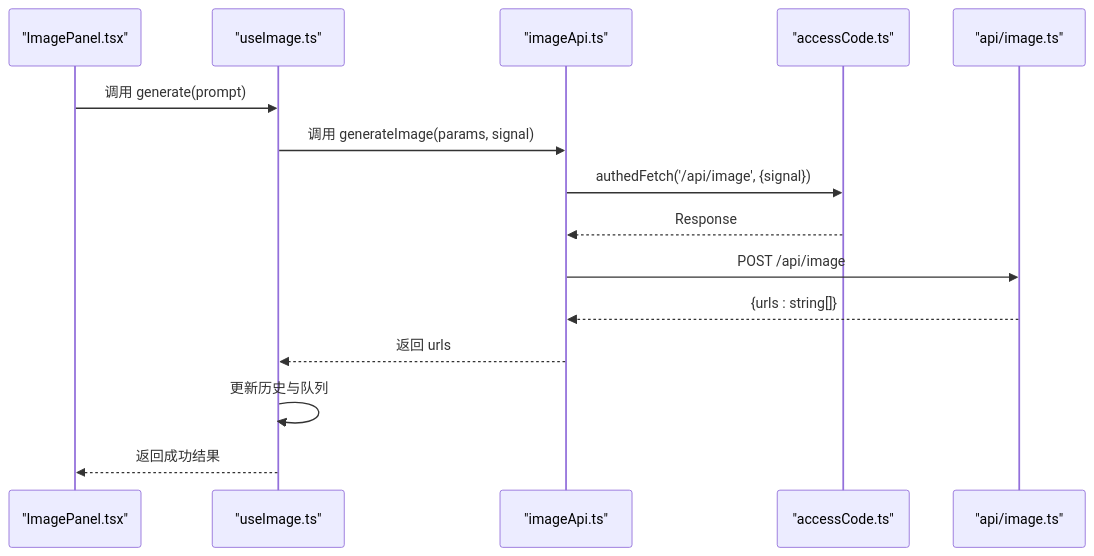
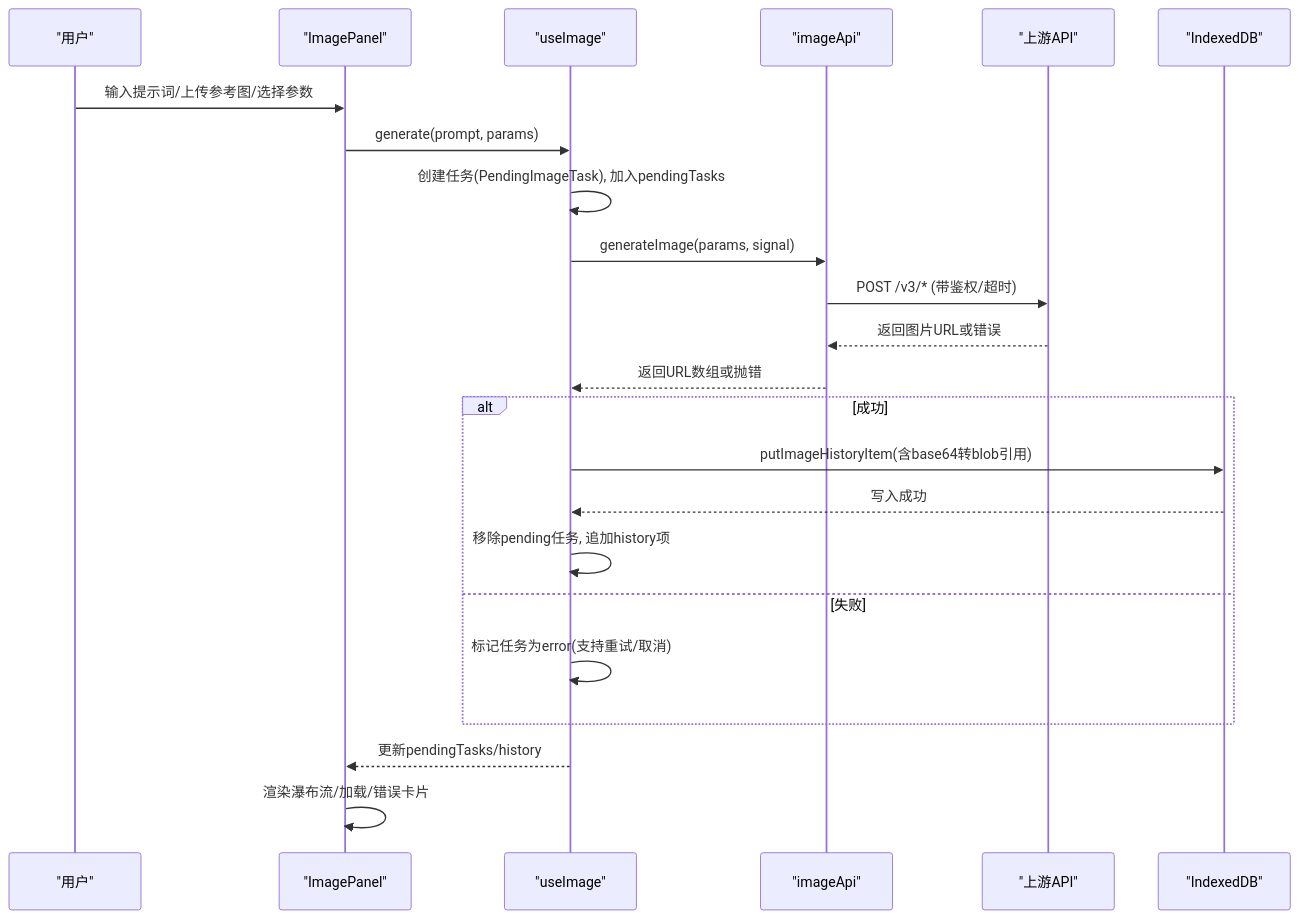
One commit to billye220670/AIShop changed the second of 5 diagrams in .qoder/repowiki/zh/content/图像生成功能/图像状态管理.md. Above: the diagram before and after it, drawn with Mermaid. The commit also changed other lines of this file and 135 other files, not shown here.

````diff
--- a/.qoder/repowiki/zh/content/图像生成功能/图像状态管理.md
+++ b/.qoder/repowiki/zh/content/图像生成功能/图像状态管理.md
@@ -99,17 +71,25 @@
 ```mermaid
 sequenceDiagram
-participant UI as "ImagePanel.tsx"
-participant Hook as "useImage.ts"
-participant Svc as "imageApi.ts"
-participant Auth as "accessCode.ts"
-participant Edge as "api/image.ts"
-UI->>Hook : 调用 generate(prompt)
-Hook->>Svc : 调用 generateImage(params, signal)
-Svc->>Auth : authedFetch('/api/image', {signal})
-Auth-->>Svc : Response
-Svc->>Edge : POST /api/image
-Edge-->>Svc : {urls : string[]}
-Svc-->>Hook : 返回 urls
-Hook->>Hook : 更新历史与队列
-Hook-->>UI : 返回成功结果
+participant U as "用户"
+participant P as "ImagePanel"
+participant H as "useImage"
+participant A as "imageApi"
+participant S as "上游API"
+participant D as "IndexedDB"
+U->>P : 输入提示词/上传参考图/选择参数
+P->>H : generate(prompt, params)
+H->>H : 创建任务(PendingImageTask), 加入pendingTasks
+H->>A : generateImage(params, signal)
+A->>S : POST /v3/* (带鉴权/超时)
+S-->>A : 返回图片URL或错误
+A-->>H : 返回URL数组或抛错
+alt 成功
+H->>D : putImageHistoryItem(含base64转blob引用)
+D-->>H : 写入成功
+H->>H : 移除pending任务, 追加history项
+else 失败
+H->>H : 标记任务为error(支持重试/取消)
+end
+H-->>P : 更新pendingTasks/history
+P->>P : 渲染瀑布流/加载/错误卡片
 ```
````
